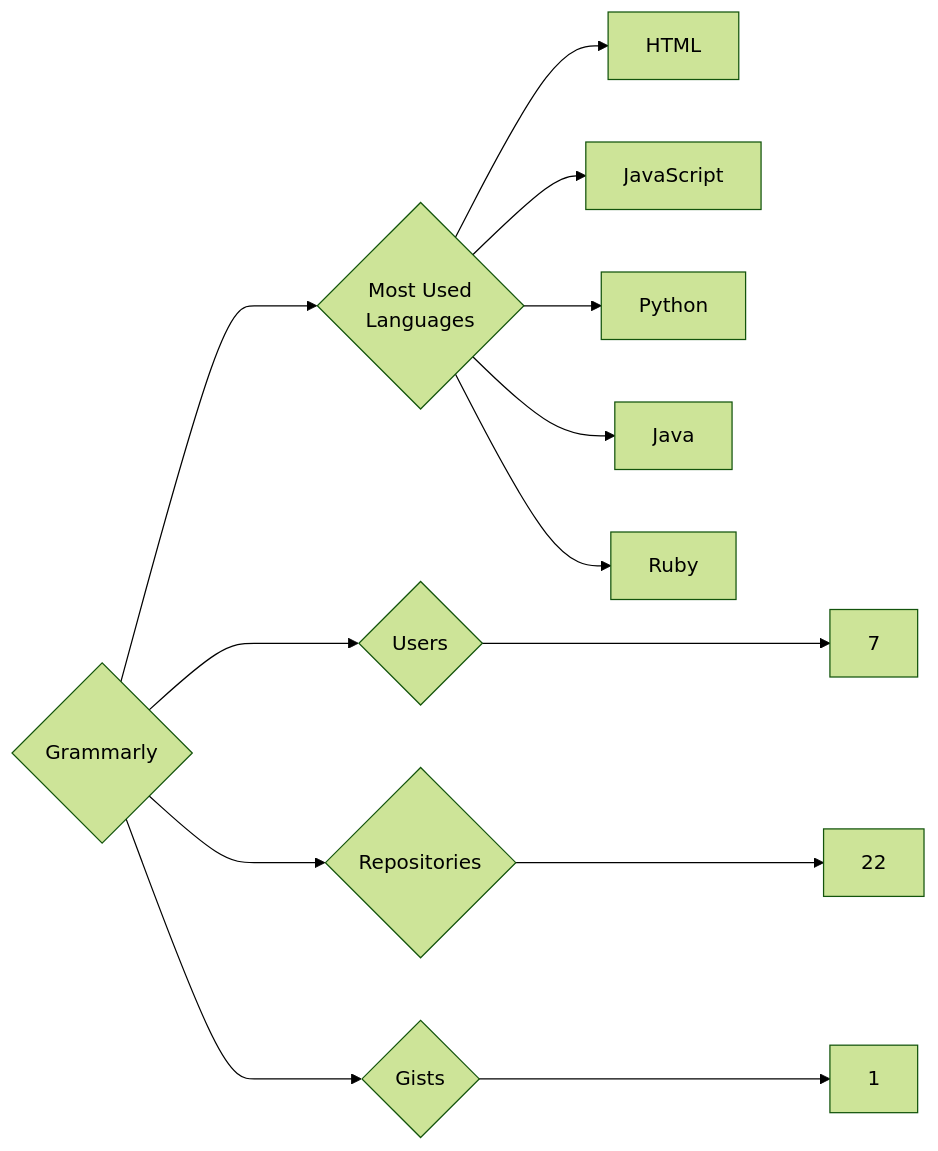
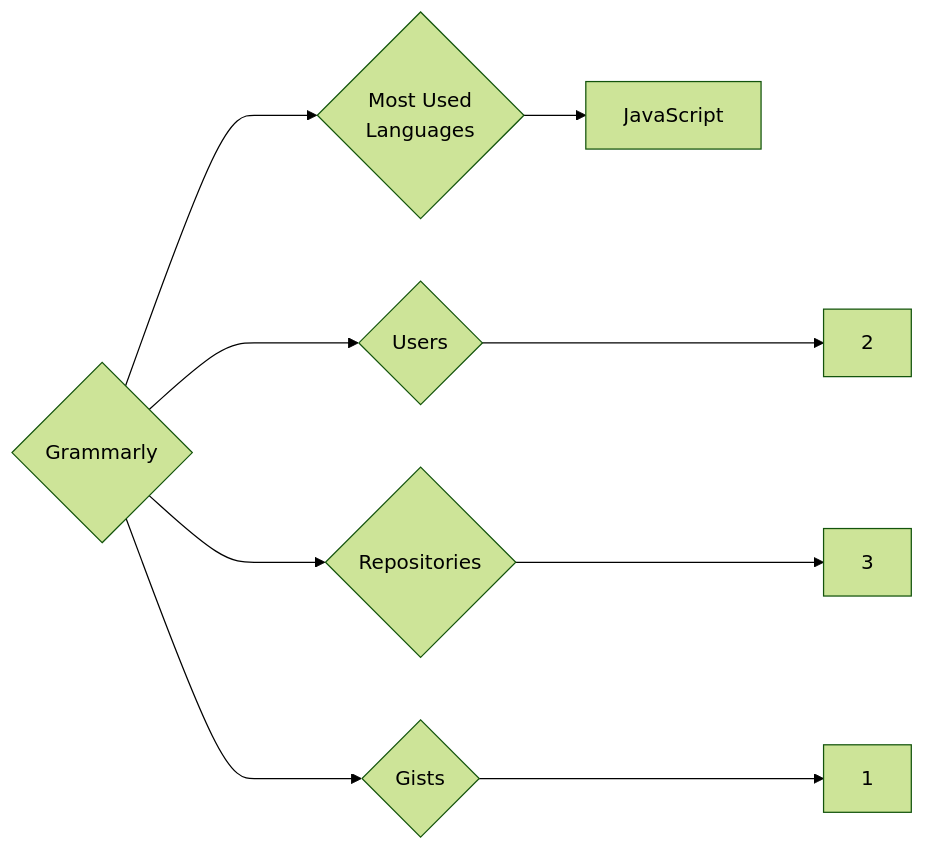
The diagram in targets/Grammarly/README.md (trickest/insiders), drawn with Mermaid (forest theme) before and after one commit. The commit also changed 1212 other files, not shown here.

````diff
--- a/targets/Grammarly/README.md
+++ b/targets/Grammarly/README.md
@@ -3,13 +3,9 @@
 ```mermaid
 graph LR
 COMPANY_NAME{Grammarly}
-COMPANY_NAME ---> U{Users} ---> UN[7]
-COMPANY_NAME ---> R{Repositories} ---> RN[22]
+COMPANY_NAME ---> U{Users} ---> UN[2]
+COMPANY_NAME ---> R{Repositories} ---> RN[3]
 COMPANY_NAME ---> G{Gists} ---> GN[1]
 COMPANY_NAME ---> ML{Most Used<br>Languages}
-ML --> HTML[HTML]
 ML --> JavaScript[JavaScript]
-ML --> Python[Python]
-ML --> Java[Java]
-ML --> Ruby[Ruby]
 ```
````
